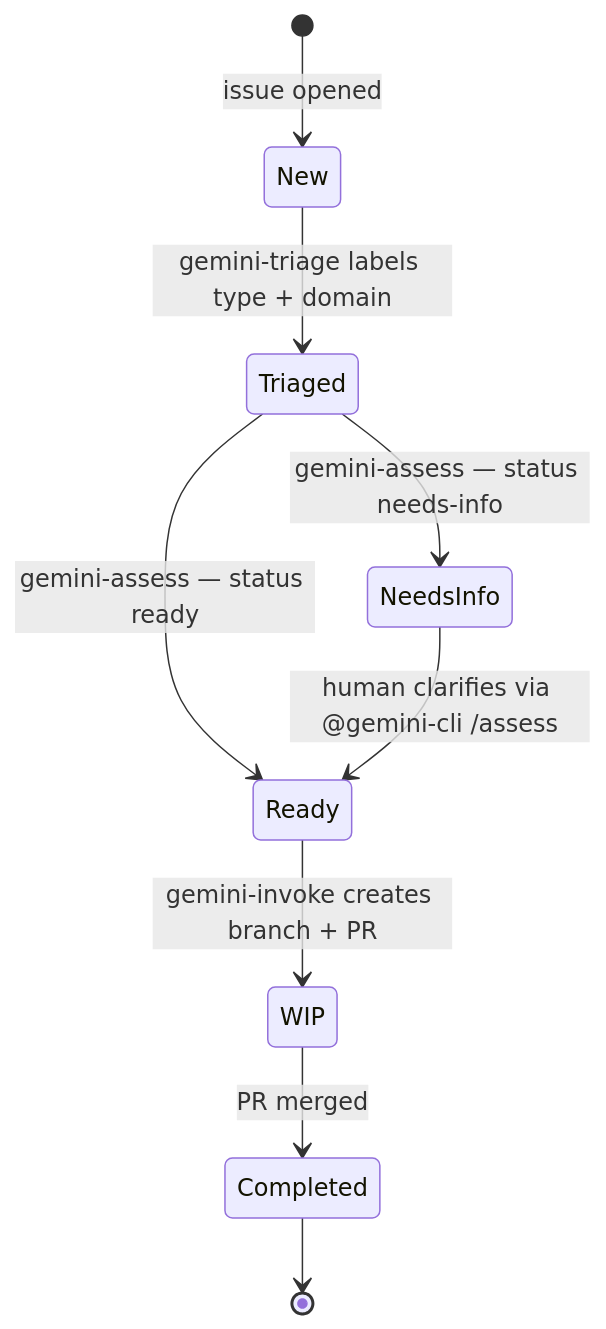
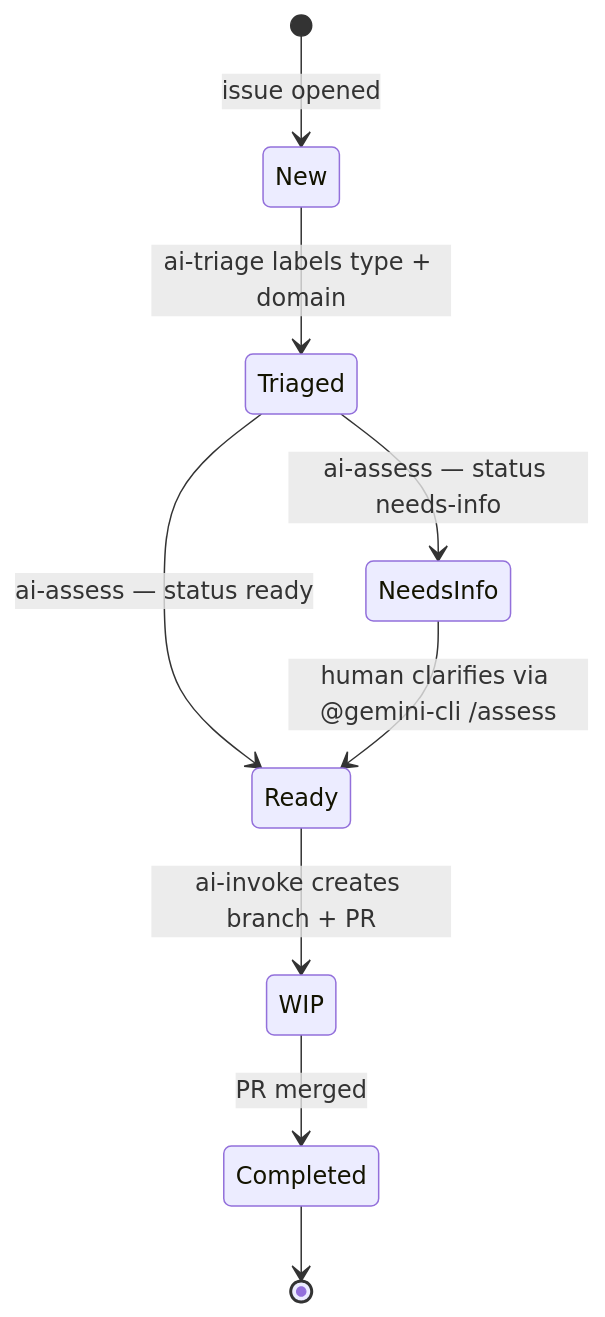
Before and after one commit to pantheon-org/mneme: the first of 2 diagrams in docs/issue-lifecycle.md, drawn with Mermaid. The commit also changed other lines of this file and 29 other files, not shown here.

````diff
--- a/docs/issue-lifecycle.md
+++ b/docs/issue-lifecycle.md
@@ -9,11 +9,11 @@
 ```mermaid
 stateDiagram-v2
     [*] --> New : issue opened
-    New --> Triaged : gemini-triage labels type + domain
-    Triaged --> Ready : gemini-assess — status ready
-    Triaged --> NeedsInfo : gemini-assess — status needs-info
+    New --> Triaged : ai-triage labels type + domain
+    Triaged --> Ready : ai-assess — status ready
+    Triaged --> NeedsInfo : ai-assess — status needs-info
     NeedsInfo --> Ready : human clarifies via @gemini-cli /assess
-    Ready --> WIP : gemini-invoke creates branch + PR
+    Ready --> WIP : ai-invoke creates branch + PR
     WIP --> Completed : PR merged
     Completed --> [*]
 ```
````
